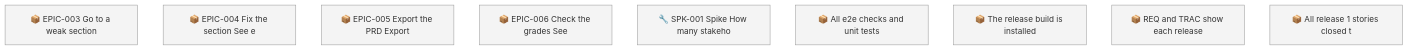
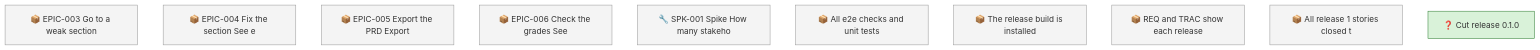
Before and after one commit to SpillwaveSolutions/prd-forge-viewer: the first of 2 diagrams in docs/roadmap.md, drawn with Mermaid. The commit also changed other lines of this file and 210 other files, not shown here.

````diff
--- a/docs/roadmap.md
+++ b/docs/roadmap.md
@@ -64,14 +72,17 @@
 ```mermaid
 graph TD
     01M61XNJQPA0F7H1BG56ERNJ3P["📦 EPIC-003 Go to a weak section"]
     01M61XNK50616FWM0WZ4FGWGEB["📦 EPIC-004 Fix the section See e"]
     01M61XNK9MPMV0RAEKPX0JC3K4["📦 EPIC-005 Export the PRD Export"]
     01M61XNM7GHPSJ1B96BCHA59ZE["📦 EPIC-006 Check the grades See"]
     01M61XNM9NY7F4D4V7400J56X9["🔧 SPK-001 Spike How many stakeho"]
     01M62C7REGCD2R415FMWFCZMV8["📦 All e2e checks and unit tests"]
     01M62C7REGCD2R415FMWFCZMVA["📦 The release build is installed"]
     01M62C7REHN9N2P8Z19K0EPA0F["📦 REQ and TRAC show each release"]
     01M62C7REHN9N2P8Z19K0EPA0H["📦 All release 1 stories closed t"]
+    01M64CZNVN13K32BT680E0S8VY["❓ Cut release 0.1.0"]
     classDef todo fill:#f4f4f4,stroke:#999999
     class 01M61XNJQPA0F7H1BG56ERNJ3P,01M61XNK50616FWM0WZ4FGWGEB,01M61XNK9MPMV0RAEKPX0JC3K4,01M61XNM7GHPSJ1B96BCHA59ZE,01M61XNM9NY7F4D4V7400J56X9,01M62C7REGCD2R415FMWFCZMV8,01M62C7REGCD2R415FMWFCZMVA,01M62C7REHN9N2P8Z19K0EPA0F,01M62C7REHN9N2P8Z19K0EPA0H todo
+    classDef in_progress fill:#d9f2d9,stroke:#2e7d32
+    class 01M64CZNVN13K32BT680E0S8VY in_progress
 ```
````
